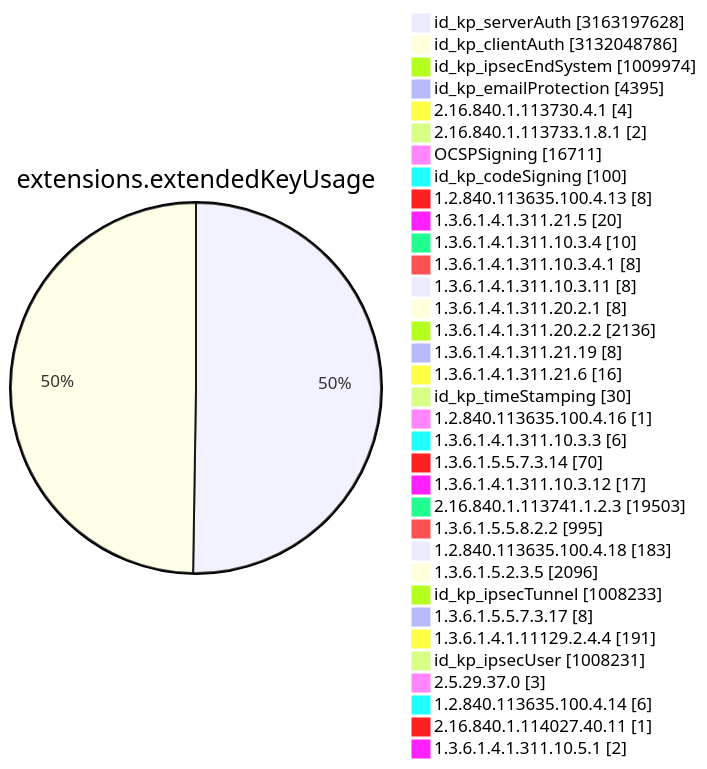
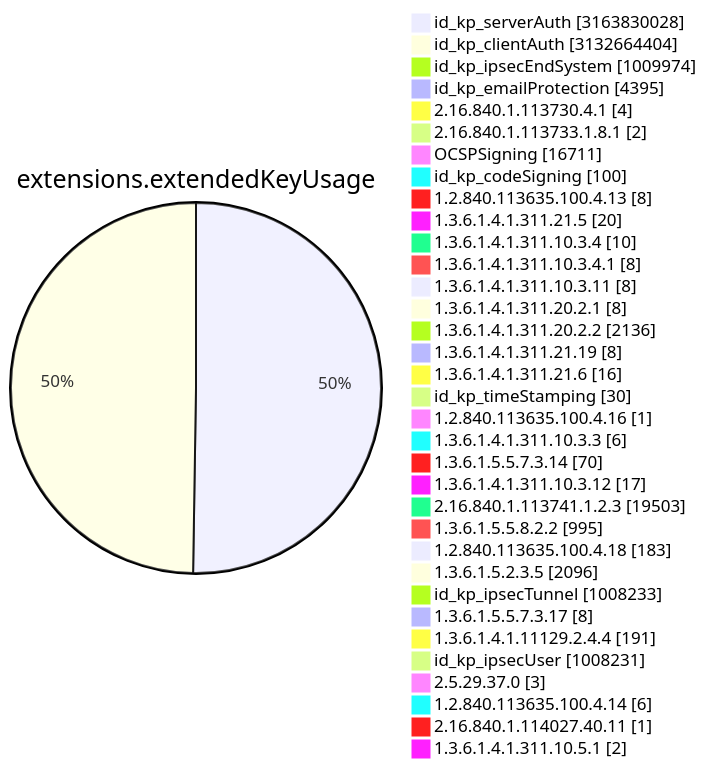
Before and after one commit to christiankrug/ctmonitor_visualization: diagram 11 of 15 in TOTAL/README.md, drawn with Mermaid. The commit also changed other lines of this file, not shown here.

````diff
--- a/TOTAL/README.md
+++ b/TOTAL/README.md
@@ -4119,38 +4119,38 @@
 ```mermaid
 pie showData
 title extensions.extendedKeyUsage
-"id_kp_serverAuth" :3163197628
-"id_kp_clientAuth" :3132048786
+"id_kp_serverAuth" :3163830028
+"id_kp_clientAuth" :3132664404
 "id_kp_ipsecEndSystem" :1009974
 "id_kp_emailProtection" :4395
 "2.16.840.1.113730.4.1" :4
 "2.16.840.1.113733.1.8.1" :2
 "OCSPSigning" :16711
 "id_kp_codeSigning" :100
 "1.2.840.113635.100.4.13" :8
 "1.3.6.1.4.1.311.21.5" :20
 "1.3.6.1.4.1.311.10.3.4" :10
 "1.3.6.1.4.1.311.10.3.4.1" :8
 "1.3.6.1.4.1.311.10.3.11" :8
 "1.3.6.1.4.1.311.20.2.1" :8
 "1.3.6.1.4.1.311.20.2.2" :2136
 "1.3.6.1.4.1.311.21.19" :8
 "1.3.6.1.4.1.311.21.6" :16
 "id_kp_timeStamping" :30
 "1.2.840.113635.100.4.16" :1
 "1.3.6.1.4.1.311.10.3.3" :6
 "1.3.6.1.5.5.7.3.14" :70
 "1.3.6.1.4.1.311.10.3.12" :17
 "2.16.840.1.113741.1.2.3" :19503
 "1.3.6.1.5.5.8.2.2" :995
 "1.2.840.113635.100.4.18" :183
 "1.3.6.1.5.2.3.5" :2096
 "id_kp_ipsecTunnel" :1008233
 "1.3.6.1.5.5.7.3.17" :8
 "1.3.6.1.4.1.11129.2.4.4" :191
 "id_kp_ipsecUser" :1008231
 "2.5.29.37.0" :3
 "1.2.840.113635.100.4.14" :6
 "2.16.840.1.114027.40.11" :1
 "1.3.6.1.4.1.311.10.5.1" :2
 ```
````
